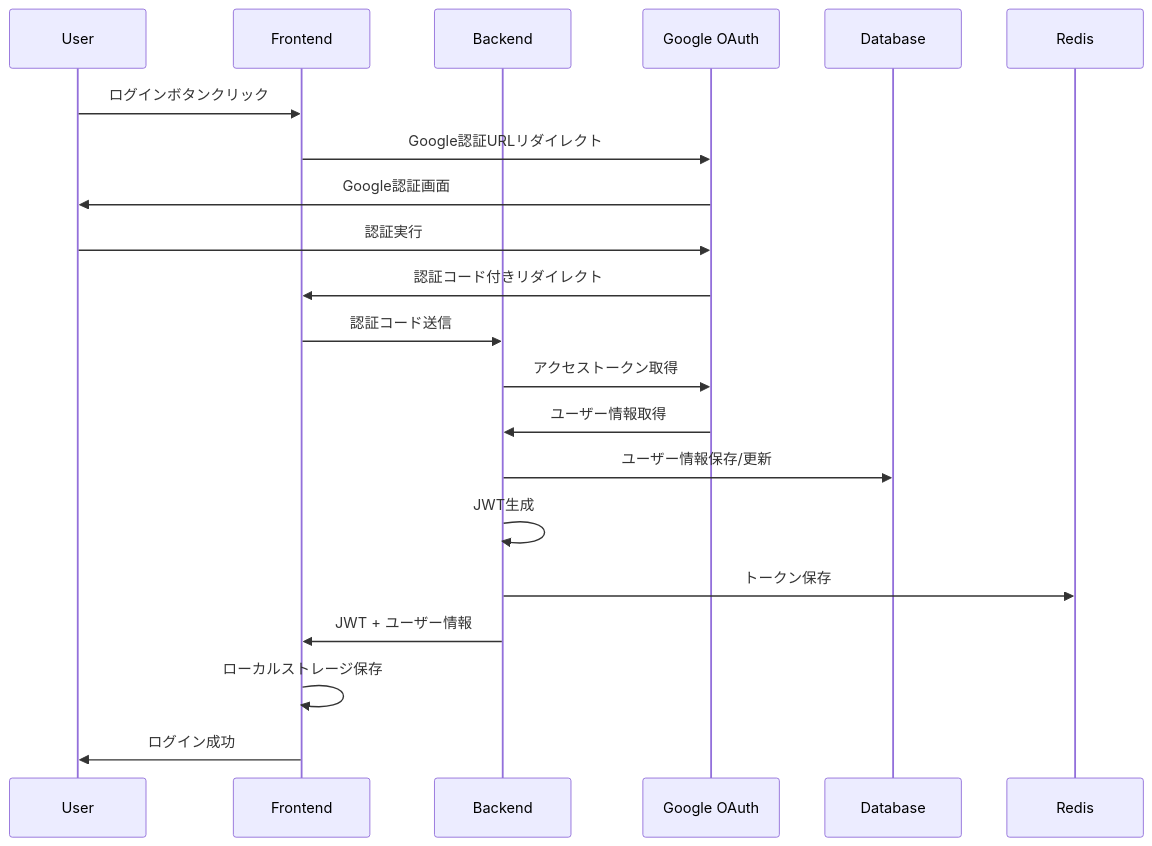
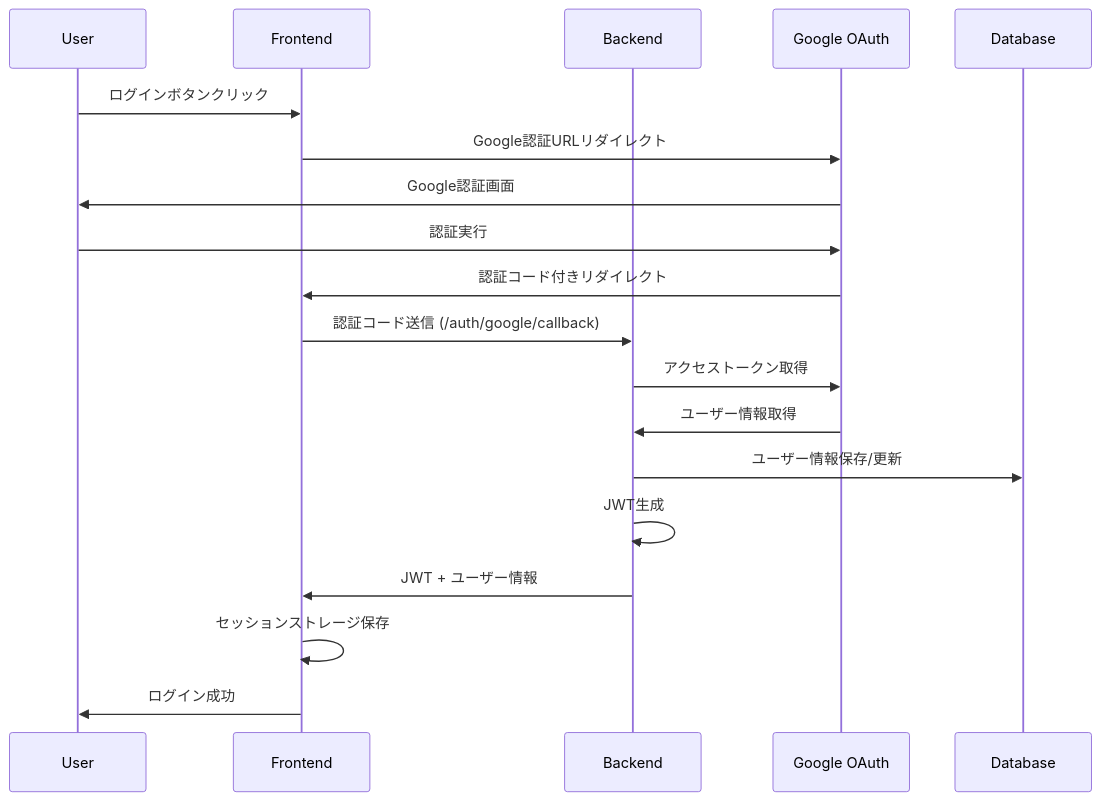
The second of 27 diagrams in docs/auth-system-design.md (myantyuWorld/stackies-with-cc), drawn with Mermaid before and after one commit. The commit also changed other lines of this file and 13 other files, not shown here.

````diff
--- a/docs/auth-system-design.md
+++ b/docs/auth-system-design.md
@@ -52,24 +44,22 @@
 ```mermaid
 sequenceDiagram
     participant U as User
     participant F as Frontend
     participant B as Backend
     participant G as Google OAuth
     participant DB as Database
-    participant R as Redis
     
     U->>F: ログインボタンクリック
     F->>G: Google認証URLリダイレクト
     G->>U: Google認証画面
     U->>G: 認証実行
     G->>F: 認証コード付きリダイレクト
-    F->>B: 認証コード送信
+    F->>B: 認証コード送信 (/auth/google/callback)
     B->>G: アクセストークン取得
     G->>B: ユーザー情報取得
     B->>DB: ユーザー情報保存/更新
     B->>B: JWT生成
-    B->>R: トークン保存
     B->>F: JWT + ユーザー情報
-    F->>F: ローカルストレージ保存
+    F->>F: セッションストレージ保存
     F->>U: ログイン成功
 ```
````
